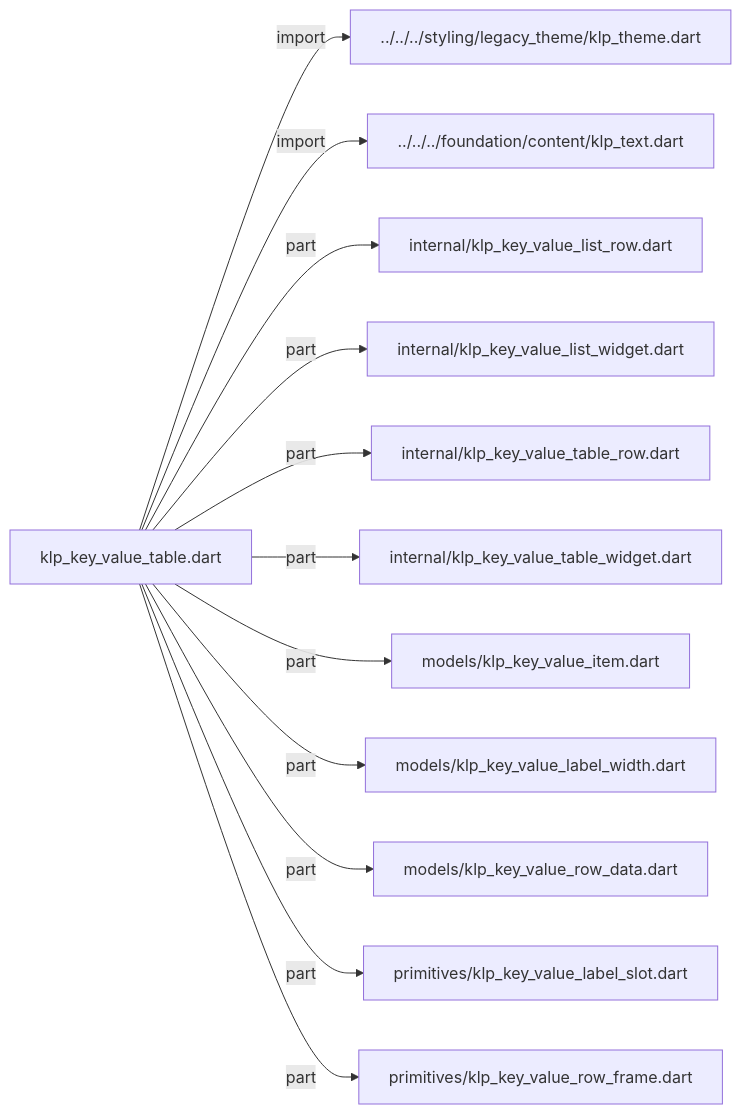
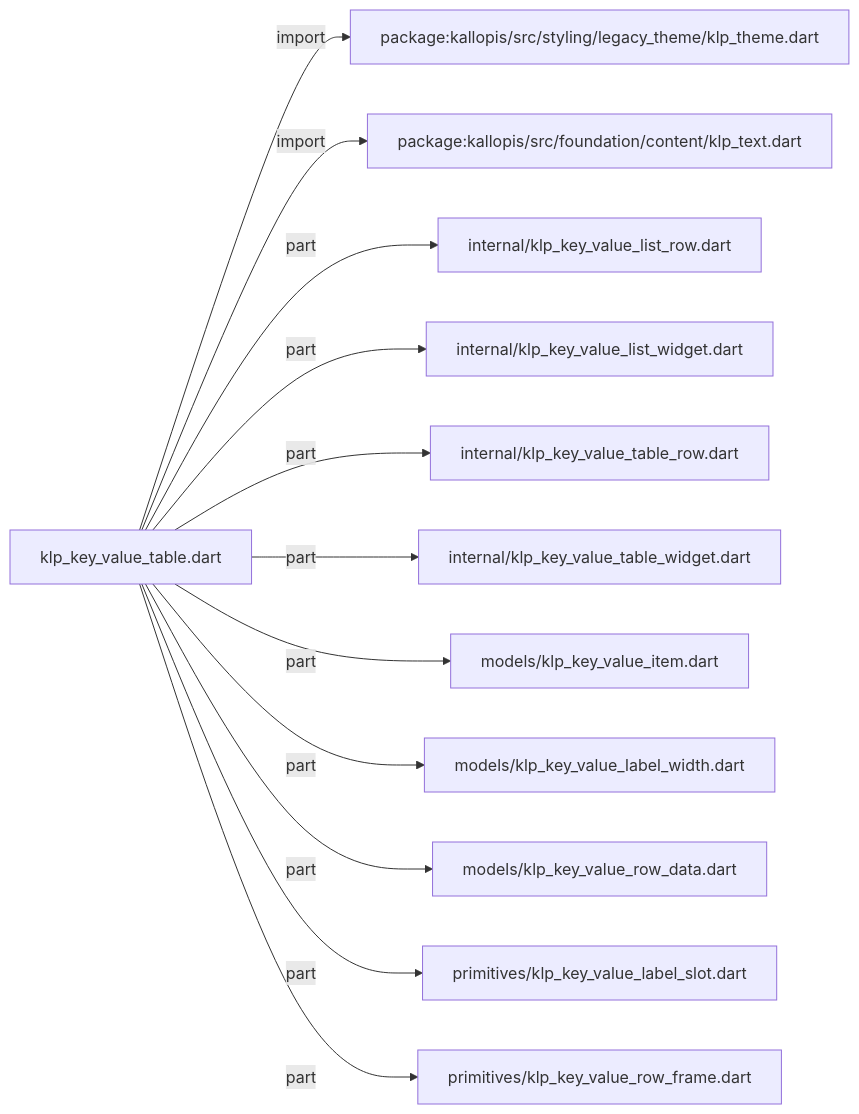
Before and after one commit to MiuDog/Kallopis: the second of 3 diagrams in docs/architecture/src/features/collections/key_value/klp_key_value_table.md, drawn with Mermaid. The commit also changed other lines of this file and 9688 other files, not shown here.

Commit message:
Prepare isolated Flow F2 peer baseline

````diff
--- a/docs/architecture/src/features/collections/key_value/klp_key_value_table.md
+++ b/docs/architecture/src/features/collections/key_value/klp_key_value_table.md
@@ -38,26 +38,26 @@
 ```mermaid
 flowchart LR
 	n0["klp_key_value_table.dart"]
-	n1["../../../styling/legacy_theme/klp_theme.dart"]
-	n2["../../../foundation/content/klp_text.dart"]
+	n1["package:kallopis/src/styling/legacy_theme/klp_theme.dart"]
+	n2["package:kallopis/src/foundation/content/klp_text.dart"]
 	n3["internal/klp_key_value_list_row.dart"]
 	n4["internal/klp_key_value_list_widget.dart"]
 	n5["internal/klp_key_value_table_row.dart"]
 	n6["internal/klp_key_value_table_widget.dart"]
 	n7["models/klp_key_value_item.dart"]
 	n8["models/klp_key_value_label_width.dart"]
 	n9["models/klp_key_value_row_data.dart"]
 	n10["primitives/klp_key_value_label_slot.dart"]
 	n11["primitives/klp_key_value_row_frame.dart"]
 	n0 -->|"import"| n1
 	n0 -->|"import"| n2
 	n0 -->|"part"| n3
 	n0 -->|"part"| n4
 	n0 -->|"part"| n5
 	n0 -->|"part"| n6
 	n0 -->|"part"| n7
 	n0 -->|"part"| n8
 	n0 -->|"part"| n9
 	n0 -->|"part"| n10
 	n0 -->|"part"| n11
 ```
````
